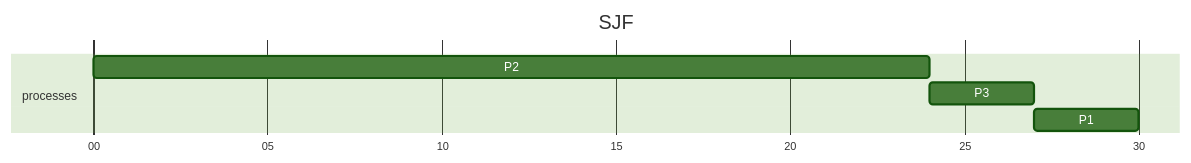
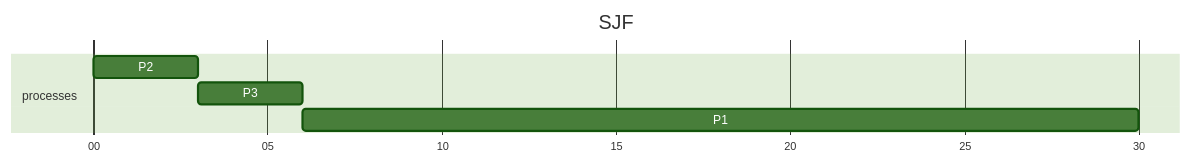
The second of 4 diagrams in docs/cour_note/D3QD_OperatingSystem/Unit1.md (IsshikiHugh/notebook), drawn with Mermaid (forest theme) before and after one commit. The commit also changed other lines of this file, not shown here.

Commit message:
chore: Content synchronization

````diff
--- a/docs/cour_note/D3QD_OperatingSystem/Unit1.md
+++ b/docs/cour_note/D3QD_OperatingSystem/Unit1.md
@@ -287,11 +287,11 @@
         ```mermaid
         gantt
             title SJF
             dateFormat ss
             axisFormat %S
 
             section processes
-            P2: a, 00, 24
-            P3: b, 24, 27
-            P1: c, 27, 30
+            P2: a, 00, 03
+            P3: b, 03, 06
+            P1: c, 06, 30
         ```
````
